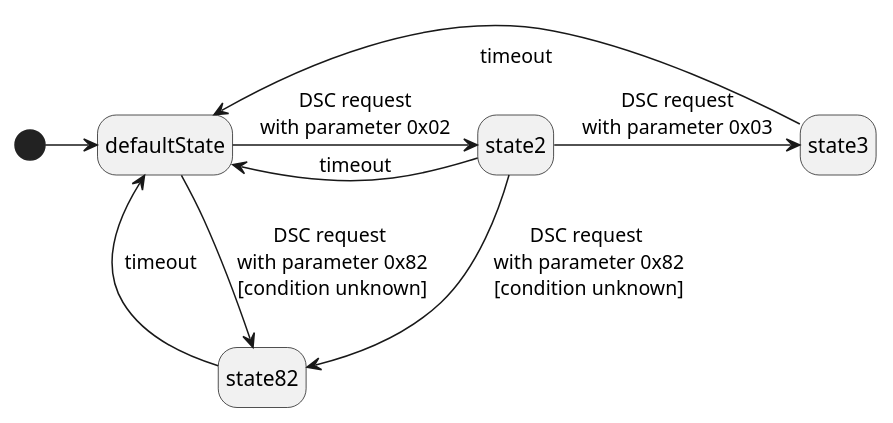
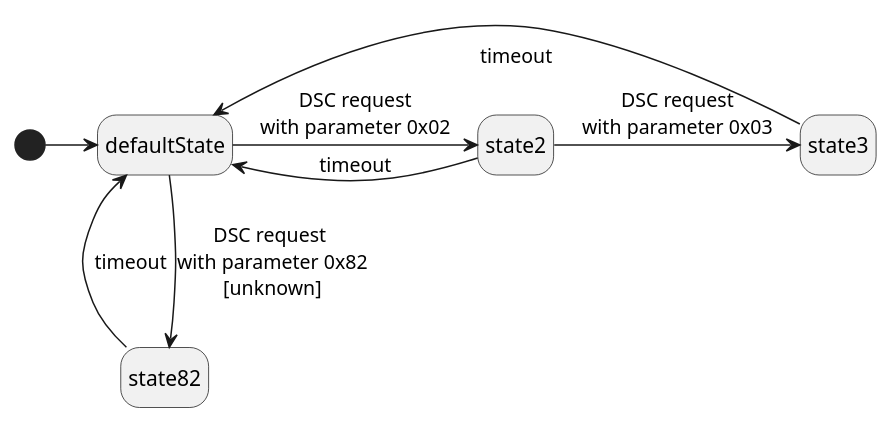
Before and after one commit to akorb/bachelor-thesis: the diagram in images/uml/dsc-state-machine.puml, drawn with PlantUML. The commit also changed 5 other files, not shown here.

```diff
--- a/images/uml/dsc-state-machine.puml
+++ b/images/uml/dsc-state-machine.puml
@@ -1,13 +1,13 @@
 @startuml
 hide empty description
 
 [*] -right-> defaultState
 defaultState -right-> state2 : DSC request\nwith parameter 0x02
 state2 -right-> state3 : DSC request\nwith parameter 0x03
-state2 -down-> state82 : DSC request \nwith parameter 0x82\n[condition unknown]
-defaultState -down-> state82 : DSC request \nwith parameter 0x82\n[condition unknown]
 
 state2 -left-> defaultState : timeout
 state3 -left-> defaultState : \ntimeout
-state82 -left-> defaultState : timeout
+state82 -up-> defaultState : timeout
+defaultState -down-> state82 : DSC request \nwith parameter 0x82\n[unknown]
+
 @enduml
```
